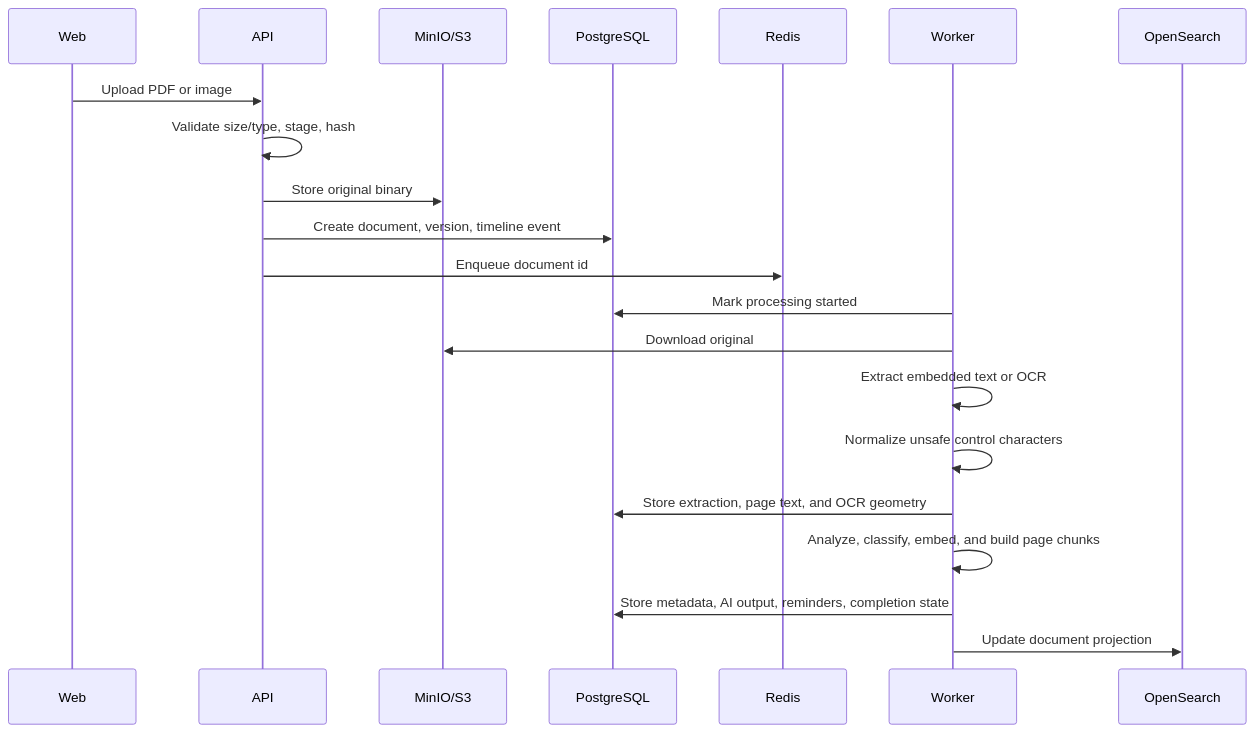
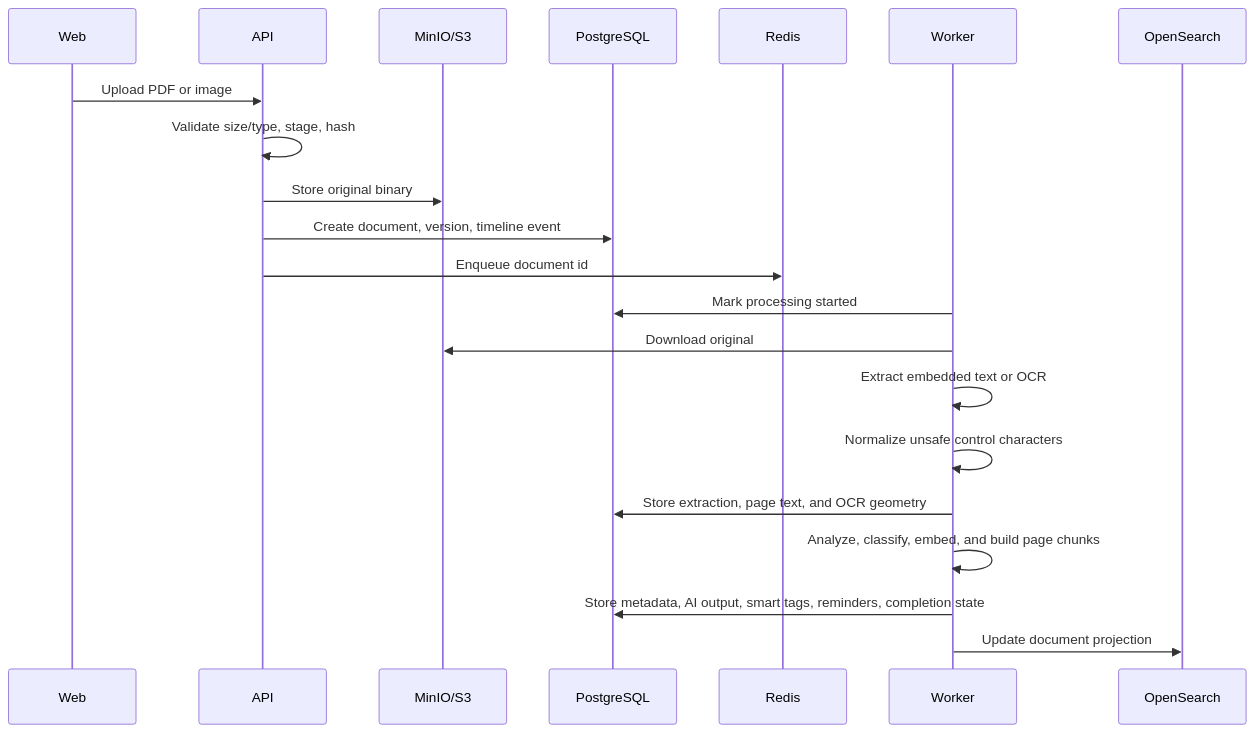
Before and after one commit to harish2k01/papervault: the second of 2 diagrams in docs/architecture.md, drawn with Mermaid. The commit also changed other lines of this file and 37 other files, not shown here.

First line of the commit message:
Add ADR 0029: Deterministic Smart Tags and Collections

````diff
--- a/docs/architecture.md
+++ b/docs/architecture.md
@@ -49,24 +50,24 @@
 ```mermaid
 sequenceDiagram
   participant Web
   participant API
   participant Storage as MinIO/S3
   participant DB as PostgreSQL
   participant Redis
   participant Worker
   participant Search as OpenSearch
 
   Web->>API: Upload PDF or image
   API->>API: Validate size/type, stage, hash
   API->>Storage: Store original binary
   API->>DB: Create document, version, timeline event
   API->>Redis: Enqueue document id
   Worker->>DB: Mark processing started
   Worker->>Storage: Download original
   Worker->>Worker: Extract embedded text or OCR
   Worker->>Worker: Normalize unsafe control characters
   Worker->>DB: Store extraction, page text, and OCR geometry
   Worker->>Worker: Analyze, classify, embed, and build page chunks
-  Worker->>DB: Store metadata, AI output, reminders, completion state
+  Worker->>DB: Store metadata, AI output, smart tags, reminders, completion state
   Worker->>Search: Update document projection
 ```
````
